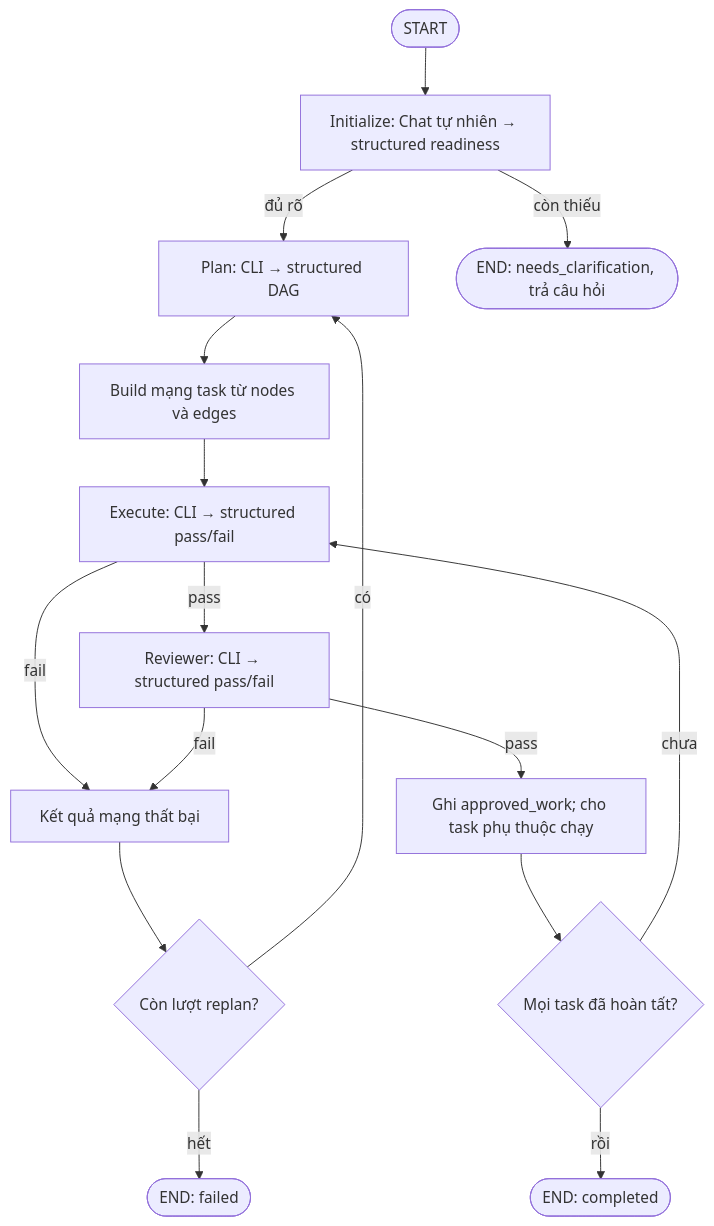
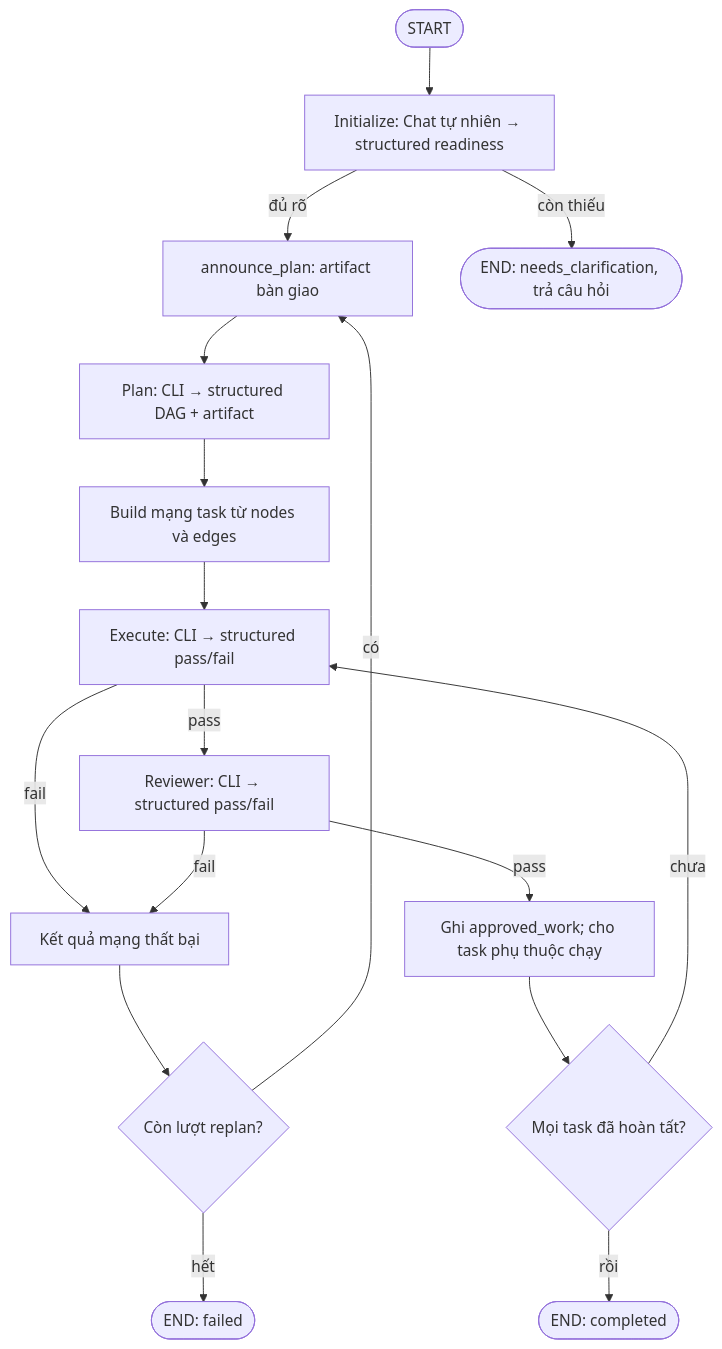
The diagram in README.md (tapati0127/Coding-Agent-Orchestrator), drawn with Mermaid before and after one commit. The commit also changed other lines of this file and 32 other files, not shown here.

First line of the commit message:
feat: add plan artifacts, live CLI monitoring and runtime configuration

````diff
--- a/README.md
+++ b/README.md
@@ -86,18 +97,19 @@
 ```mermaid
 flowchart TD
     S([START]) --> I[Initialize: Chat tự nhiên → structured readiness]
-    I -- đủ rõ --> P[Plan: CLI → structured DAG]
+    I -- đủ rõ --> H[announce_plan: artifact bàn giao]
+    H --> P[Plan: CLI → structured DAG + artifact]
     I -- còn thiếu --> C([END: needs_clarification, trả câu hỏi])
     P --> E[Build mạng task từ nodes và edges]
     E --> X[Execute: CLI → structured pass/fail]
     X -- pass --> R[Reviewer: CLI → structured pass/fail]
     X -- fail --> F[Kết quả mạng thất bại]
     R -- fail --> F
     R -- pass --> A[Ghi approved_work; cho task phụ thuộc chạy]
     A --> D{Mọi task đã hoàn tất?}
     D -- chưa --> X
     D -- rồi --> Z([END: completed])
     F --> B{Còn lượt replan?}
-    B -- có --> P
+    B -- có --> H
     B -- hết --> Q([END: failed])
 ```
````
